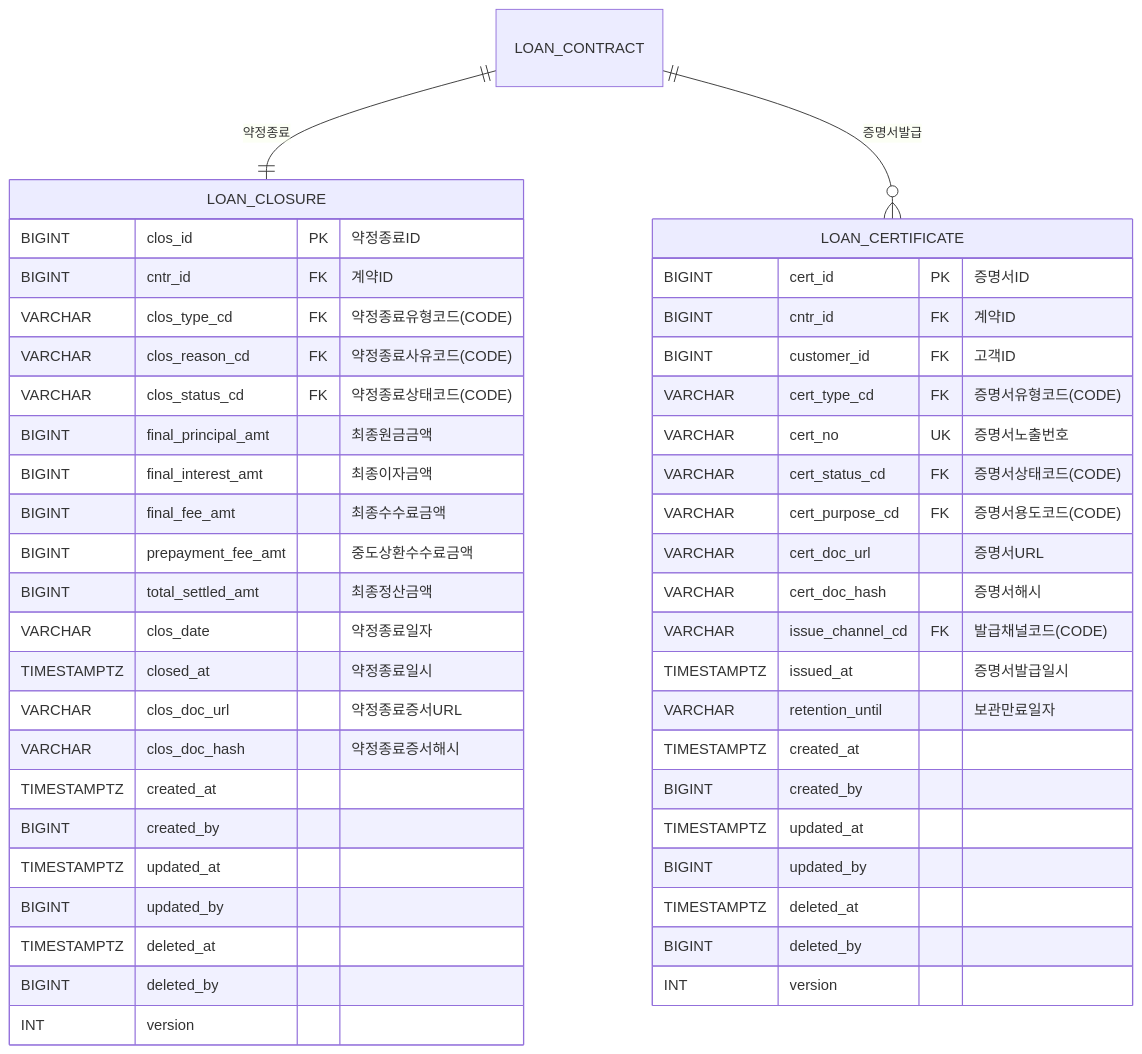
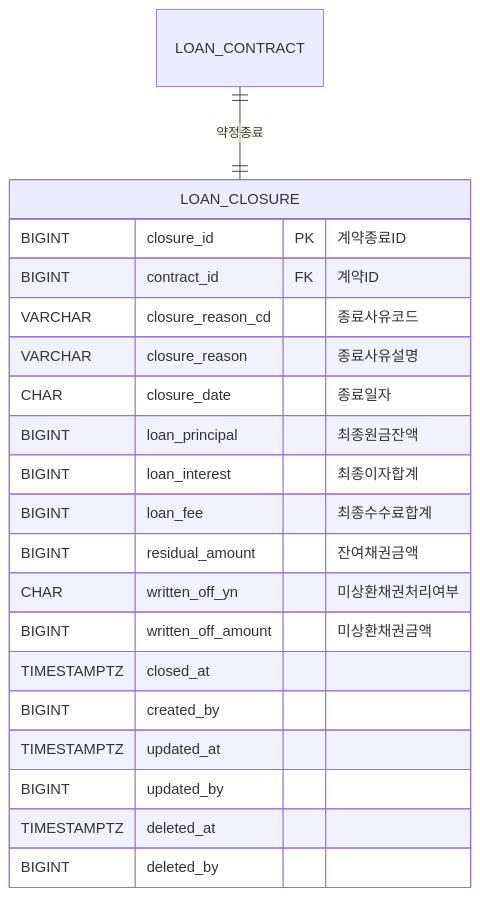
Before and after one commit to asitwas729/internet_banking: the eighth of 8 diagrams in docs/loan_erd.md, drawn with Mermaid. The commit also changed other lines of this file and 106 other files, not shown here.

````diff
--- a/docs/loan_erd.md
+++ b/docs/loan_erd.md
@@ -836,51 +361,24 @@
 ```mermaid
 erDiagram
     LOAN_CLOSURE {
-        BIGINT clos_id PK "약정종료ID"
-        BIGINT cntr_id FK "계약ID"
-        VARCHAR clos_type_cd FK "약정종료유형코드(CODE)"
-        VARCHAR clos_reason_cd FK "약정종료사유코드(CODE)"
-        VARCHAR clos_status_cd FK "약정종료상태코드(CODE)"
-        BIGINT final_principal_amt "최종원금금액"
-        BIGINT final_interest_amt "최종이자금액"
-        BIGINT final_fee_amt "최종수수료금액"
-        BIGINT prepayment_fee_amt "중도상환수수료금액"
-        BIGINT total_settled_amt "최종정산금액"
-        VARCHAR clos_date "약정종료일자"
-        TIMESTAMPTZ closed_at "약정종료일시"
-        VARCHAR clos_doc_url "약정종료증서URL"
-        VARCHAR clos_doc_hash "약정종료증서해시"
-        TIMESTAMPTZ created_at
+        BIGINT closure_id PK "계약종료ID"
+        BIGINT contract_id FK "계약ID"
+        VARCHAR closure_reason_cd "종료사유코드"
+        VARCHAR closure_reason "종료사유설명"
+        CHAR closure_date "종료일자"
+        BIGINT loan_principal "최종원금잔액"
+        BIGINT loan_interest "최종이자합계"
+        BIGINT loan_fee "최종수수료합계"
+        BIGINT residual_amount "잔여채권금액"
+        CHAR written_off_yn "미상환채권처리여부"
+        BIGINT written_off_amount "미상환채권금액"
+        TIMESTAMPTZ closed_at
         BIGINT created_by
         TIMESTAMPTZ updated_at
         BIGINT updated_by
         TIMESTAMPTZ deleted_at
         BIGINT deleted_by
-        INT version
-    }
-
-    LOAN_CERTIFICATE {
-        BIGINT cert_id PK "증명서ID"
-        BIGINT cntr_id FK "계약ID"
-        BIGINT customer_id FK "고객ID"
-        VARCHAR cert_type_cd FK "증명서유형코드(CODE)"
-        VARCHAR cert_no UK "증명서노출번호"
-        VARCHAR cert_status_cd FK "증명서상태코드(CODE)"
-        VARCHAR cert_purpose_cd FK "증명서용도코드(CODE)"
-        VARCHAR cert_doc_url "증명서URL"
-        VARCHAR cert_doc_hash "증명서해시"
-        VARCHAR issue_channel_cd FK "발급채널코드(CODE)"
-        TIMESTAMPTZ issued_at "증명서발급일시"
-        VARCHAR retention_until "보관만료일자"
-        TIMESTAMPTZ created_at
-        BIGINT created_by
-        TIMESTAMPTZ updated_at
-        BIGINT updated_by
-        TIMESTAMPTZ deleted_at
-        BIGINT deleted_by
-        INT version
     }
 
     LOAN_CONTRACT ||--|| LOAN_CLOSURE : "약정종료"
-    LOAN_CONTRACT ||--o{ LOAN_CERTIFICATE : "증명서발급"
 ```
````
